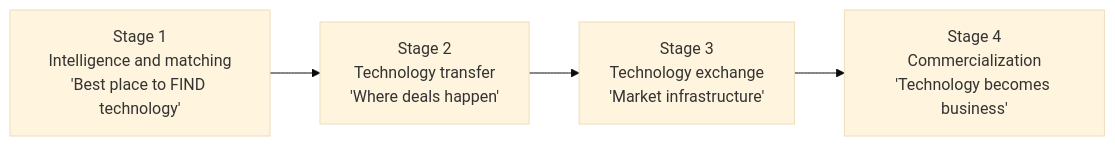
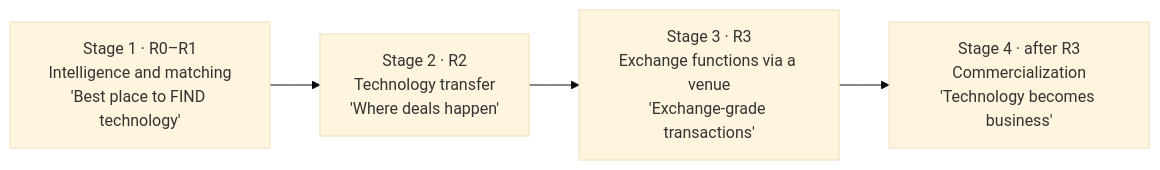
One commit to greensoft-atom/tex-platform changed the ninth of 9 diagrams in 04-product-strategy.md. Above: the diagram before and after it, drawn with Mermaid (base theme). The commit also changed other lines of this file and 615 other files, not shown here.

````diff
--- a/04-product-strategy.md
+++ b/04-product-strategy.md
@@ -425,6 +459,6 @@
 ```mermaid
 flowchart LR
-    S1["Stage 1<br/>Intelligence and matching<br/>'Best place to FIND technology'"] --> S2["Stage 2<br/>Technology transfer<br/>'Where deals happen'"]
-    S2 --> S3["Stage 3<br/>Technology exchange<br/>'Market infrastructure'"]
-    S3 --> S4["Stage 4<br/>Commercialization<br/>'Technology becomes business'"]
+    S1["Stage 1 · R0–R1<br/>Intelligence and matching<br/>'Best place to FIND technology'"] --> S2["Stage 2 · R2<br/>Technology transfer<br/>'Where deals happen'"]
+    S2 --> S3["Stage 3 · R3<br/>Exchange functions via a venue<br/>'Exchange-grade transactions'"]
+    S3 --> S4["Stage 4 · after R3<br/>Commercialization<br/>'Technology becomes business'"]
 ```
````
